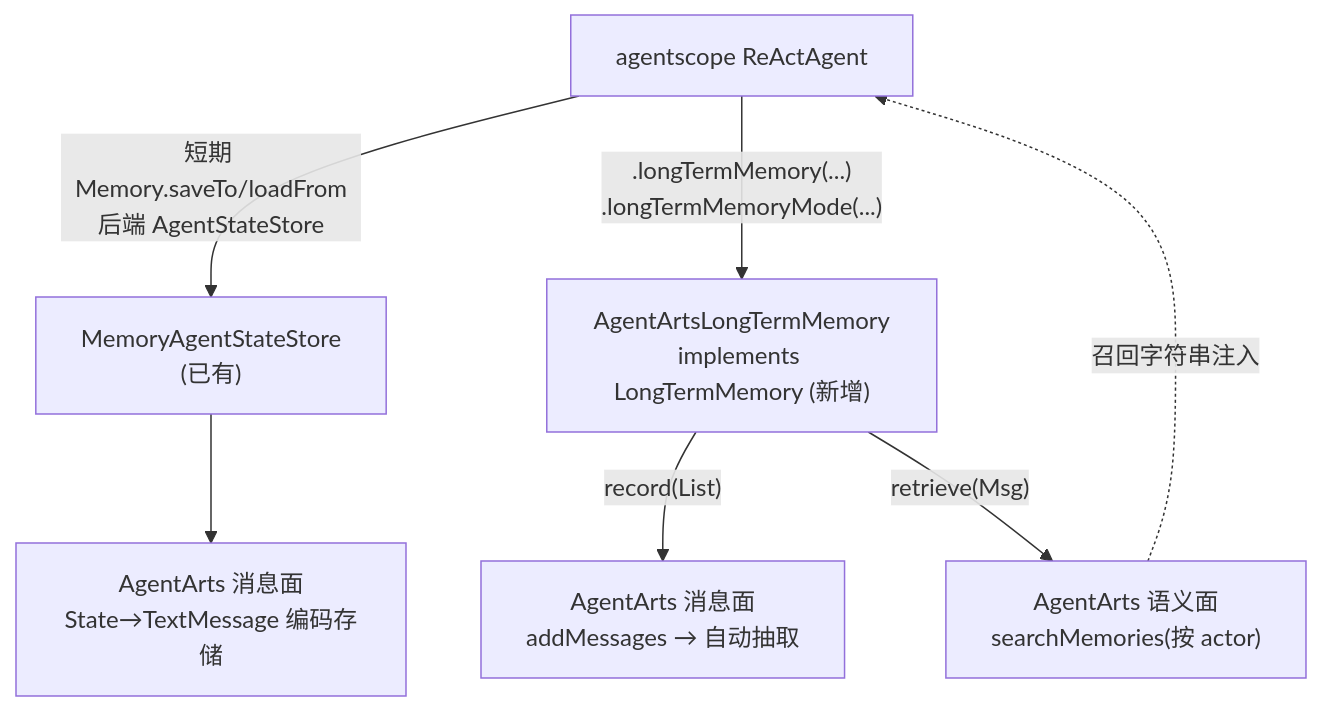
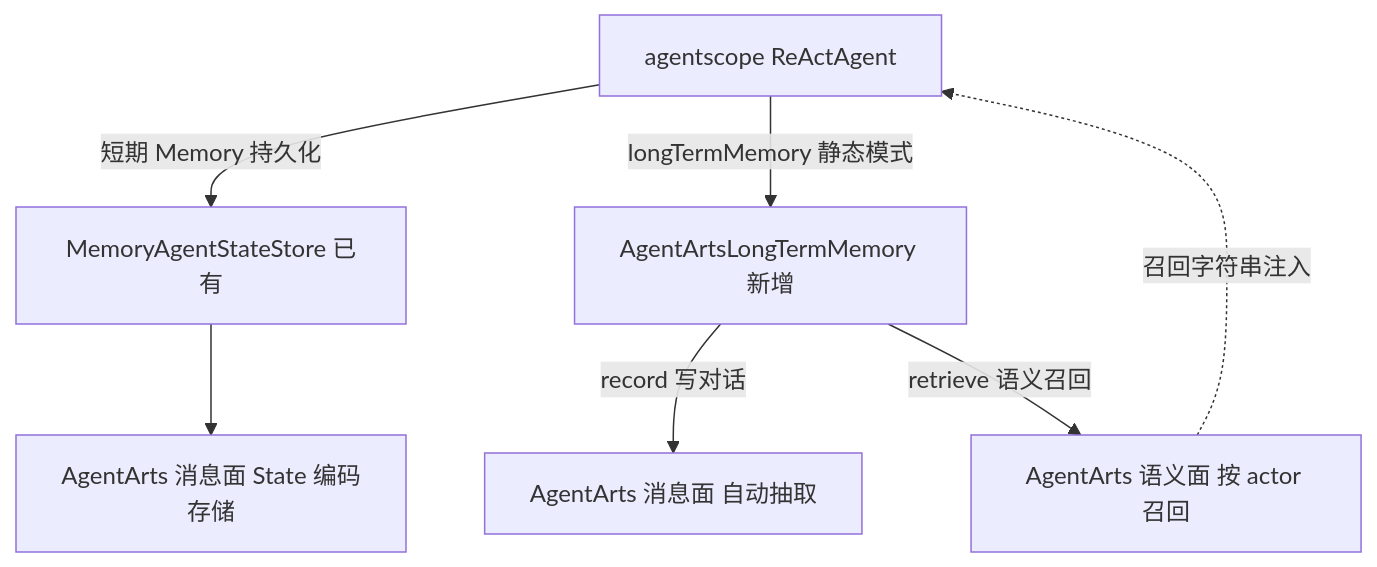
Before and after one commit to gaotong132/agentarts-sdk-java: the second of 3 diagrams in docs/cn/sdk_user_guide/agentscope_memory_integration_guide.md, drawn with Mermaid. The commit also changed other lines of this file, not shown here.

First line of the commit message:
docs(integration-agentscope): simplify flowcharts for GitHub mermaid compat; add meta to compare

````diff
--- a/docs/cn/sdk_user_guide/agentscope_memory_integration_guide.md
+++ b/docs/cn/sdk_user_guide/agentscope_memory_integration_guide.md
@@ -223,11 +223,10 @@
 ```mermaid
 flowchart TD
     AGENT["agentscope ReActAgent"]
-    AGENT -->|"短期 Memory.saveTo/loadFrom<br/>后端 AgentStateStore"| SS["MemoryAgentStateStore<br/>(已有)"]
-    AGENT -->|".longTermMemory(...)<br/>.longTermMemoryMode(...)"| LTM["AgentArtsLongTermMemory<br/>implements LongTermMemory (新增)"]
-
-    SS --> M1["AgentArts 消息面<br/>State→TextMessage 编码存储"]
-    LTM -->|"record(List<Msg>)"| M2["AgentArts 消息面<br/>addMessages → 自动抽取"]
-    LTM -->|"retrieve(Msg)"| M3["AgentArts 语义面<br/>searchMemories(按 actor)"]
-    M3 -. 召回字符串注入 .-> AGENT
+    AGENT -->|短期 Memory 持久化| SS["MemoryAgentStateStore 已有"]
+    AGENT -->|longTermMemory 静态模式| LTM["AgentArtsLongTermMemory 新增"]
+    SS --> M1["AgentArts 消息面 State 编码存储"]
+    LTM -->|record 写对话| M2["AgentArts 消息面 自动抽取"]
+    LTM -->|retrieve 语义召回| M3["AgentArts 语义面 按 actor 召回"]
+    M3 -.召回字符串注入.-> AGENT
 ```
````
